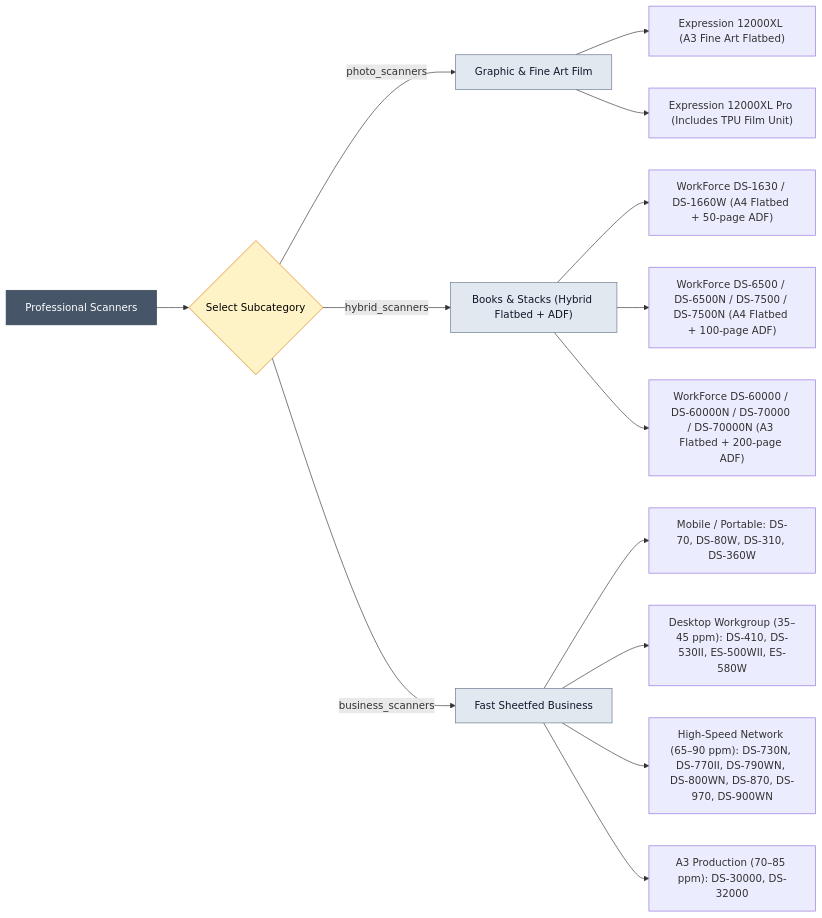
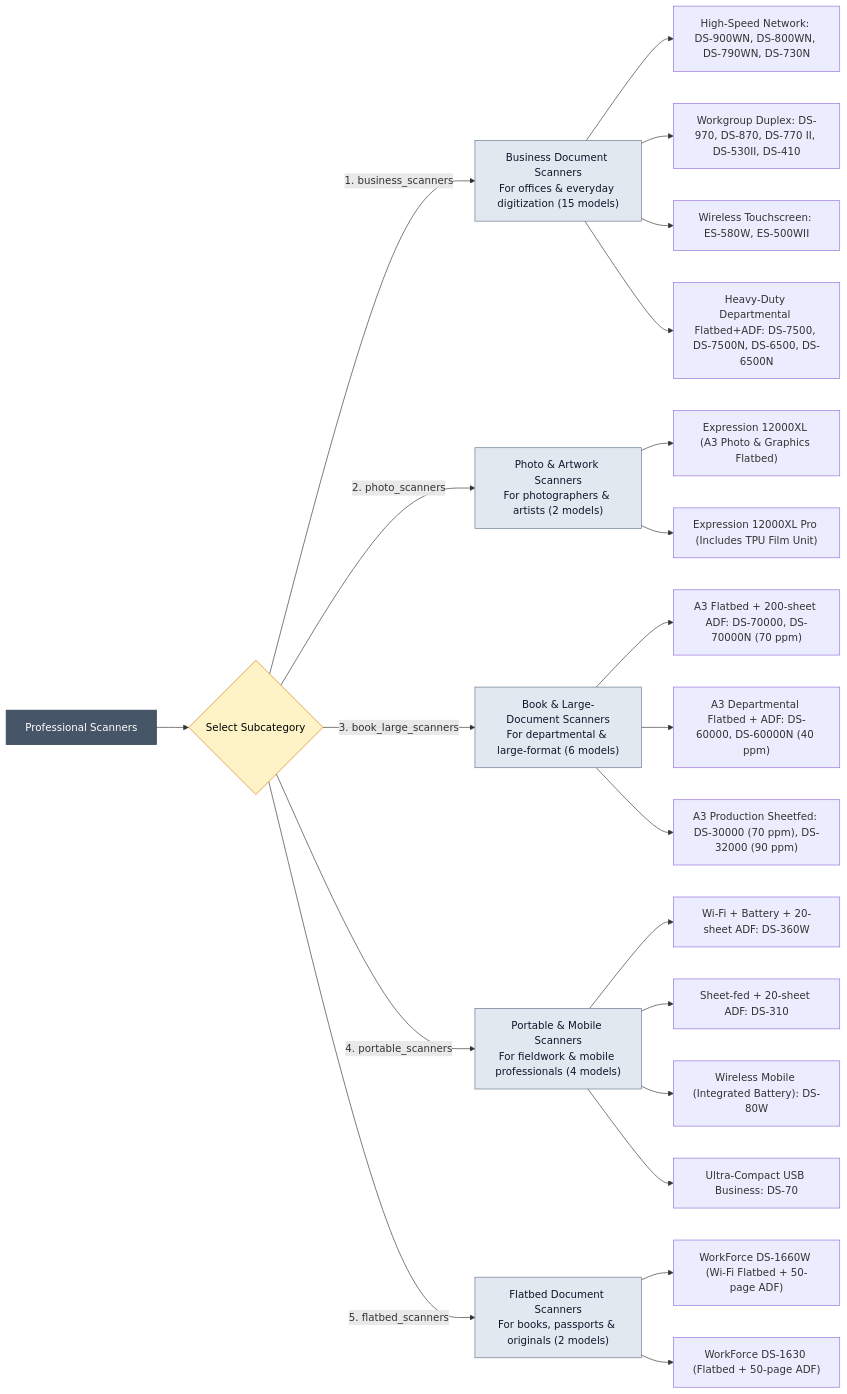
The seventh of 7 diagrams in WORKFLOW_FLOWCHART.md (jishankt/newsalesai), drawn with Mermaid before and after one commit. The commit also changed other lines of this file and 26 other files, not shown here.

````diff
--- a/WORKFLOW_FLOWCHART.md
+++ b/WORKFLOW_FLOWCHART.md
@@ -244,28 +244,42 @@
 ```mermaid
 flowchart LR
     ROOT["Professional Scanners"] --> SUB{"Select Subcategory"}
 
-    %% Photo Scanners
-    SUB -->|"photo_scanners"| S_PH["Graphic & Fine Art Film"]
-    S_PH --> SC1["Expression 12000XL (A3 Fine Art Flatbed)"]
-    S_PH --> SC2["Expression 12000XL Pro (Includes TPU Film Unit)"]
+    %% 1. Business Document Scanners
+    SUB -->|"1. business_scanners"| S_BUS["Business Document Scanners<br/>For offices & everyday digitization (15 models)"]
+    S_BUS --> SB1["High-Speed Network: DS-900WN, DS-800WN, DS-790WN, DS-730N"]
+    S_BUS --> SB2["Workgroup Duplex: DS-970, DS-870, DS-770 II, DS-530II, DS-410"]
+    S_BUS --> SB3["Wireless Touchscreen: ES-580W, ES-500WII"]
+    S_BUS --> SB4["Heavy-Duty Departmental Flatbed+ADF: DS-7500, DS-7500N, DS-6500, DS-6500N"]
 
-    %% Hybrid Scanners
-    SUB -->|"hybrid_scanners"| S_HY["Books & Stacks (Hybrid Flatbed + ADF)"]
-    S_HY --> SC3["WorkForce DS-1630 / DS-1660W (A4 Flatbed + 50-page ADF)"]
-    S_HY --> SC4["WorkForce DS-6500 / DS-6500N / DS-7500 / DS-7500N (A4 Flatbed + 100-page ADF)"]
-    S_HY --> SC5["WorkForce DS-60000 / DS-60000N / DS-70000 / DS-70000N (A3 Flatbed + 200-page ADF)"]
+    %% 2. Photo & Artwork Scanners
+    SUB -->|"2. photo_scanners"| S_PH["Photo & Artwork Scanners<br/>For photographers & artists (2 models)"]
+    S_PH --> SP1["Expression 12000XL (A3 Photo & Graphics Flatbed)"]
+    S_PH --> SP2["Expression 12000XL Pro (Includes TPU Film Unit)"]
 
-    %% Business Sheetfed Scanners
-    SUB -->|"business_scanners"| S_BIZ["Fast Sheetfed Business"]
-    S_BIZ --> SC6["Mobile / Portable: DS-70, DS-80W, DS-310, DS-360W"]
-    S_BIZ --> SC7["Desktop Workgroup (35–45 ppm): DS-410, DS-530II, ES-500WII, ES-580W"]
-    S_BIZ --> SC8["High-Speed Network (65–90 ppm): DS-730N, DS-770II, DS-790WN, DS-800WN, DS-870, DS-970, DS-900WN"]
-    S_BIZ --> SC9["A3 Production (70–85 ppm): DS-30000, DS-32000"]
+    %% 3. Book & Large-Document Scanners
+    SUB -->|"3. book_large_scanners"| S_BK["Book & Large-Document Scanners<br/>For departmental & large-format (6 models)"]
+    S_BK --> SK1["A3 Flatbed + 200-sheet ADF: DS-70000, DS-70000N (70 ppm)"]
+    S_BK --> SK2["A3 Departmental Flatbed + ADF: DS-60000, DS-60000N (40 ppm)"]
+    S_BK --> SK3["A3 Production Sheetfed: DS-30000 (70 ppm), DS-32000 (90 ppm)"]
+
+    %% 4. Portable & Mobile Scanners
+    SUB -->|"4. portable_scanners"| S_MOB["Portable & Mobile Scanners<br/>For fieldwork & mobile professionals (4 models)"]
+    S_MOB --> SM1["Wi-Fi + Battery + 20-sheet ADF: DS-360W"]
+    S_MOB --> SM2["Sheet-fed + 20-sheet ADF: DS-310"]
+    S_MOB --> SM3["Wireless Mobile (Integrated Battery): DS-80W"]
+    S_MOB --> SM4["Ultra-Compact USB Business: DS-70"]
+
+    %% 5. Flatbed Document Scanners
+    SUB -->|"5. flatbed_scanners"| S_FLAT["Flatbed Document Scanners<br/>For books, passports & originals (2 models)"]
+    S_FLAT --> SF1["WorkForce DS-1660W (Wi-Fi Flatbed + 50-page ADF)"]
+    S_FLAT --> SF2["WorkForce DS-1630 (Flatbed + 50-page ADF)"]
 
     style ROOT fill:#475569,stroke:#334155,color:#ffffff
     style SUB fill:#fef3c7,stroke:#d97706,color:#000000
+    style S_BUS fill:#e2e8f0,stroke:#64748b,color:#0f172a
     style S_PH fill:#e2e8f0,stroke:#64748b,color:#0f172a
-    style S_HY fill:#e2e8f0,stroke:#64748b,color:#0f172a
-    style S_BIZ fill:#e2e8f0,stroke:#64748b,color:#0f172a
+    style S_BK fill:#e2e8f0,stroke:#64748b,color:#0f172a
+    style S_MOB fill:#e2e8f0,stroke:#64748b,color:#0f172a
+    style S_FLAT fill:#e2e8f0,stroke:#64748b,color:#0f172a
 ```
````
